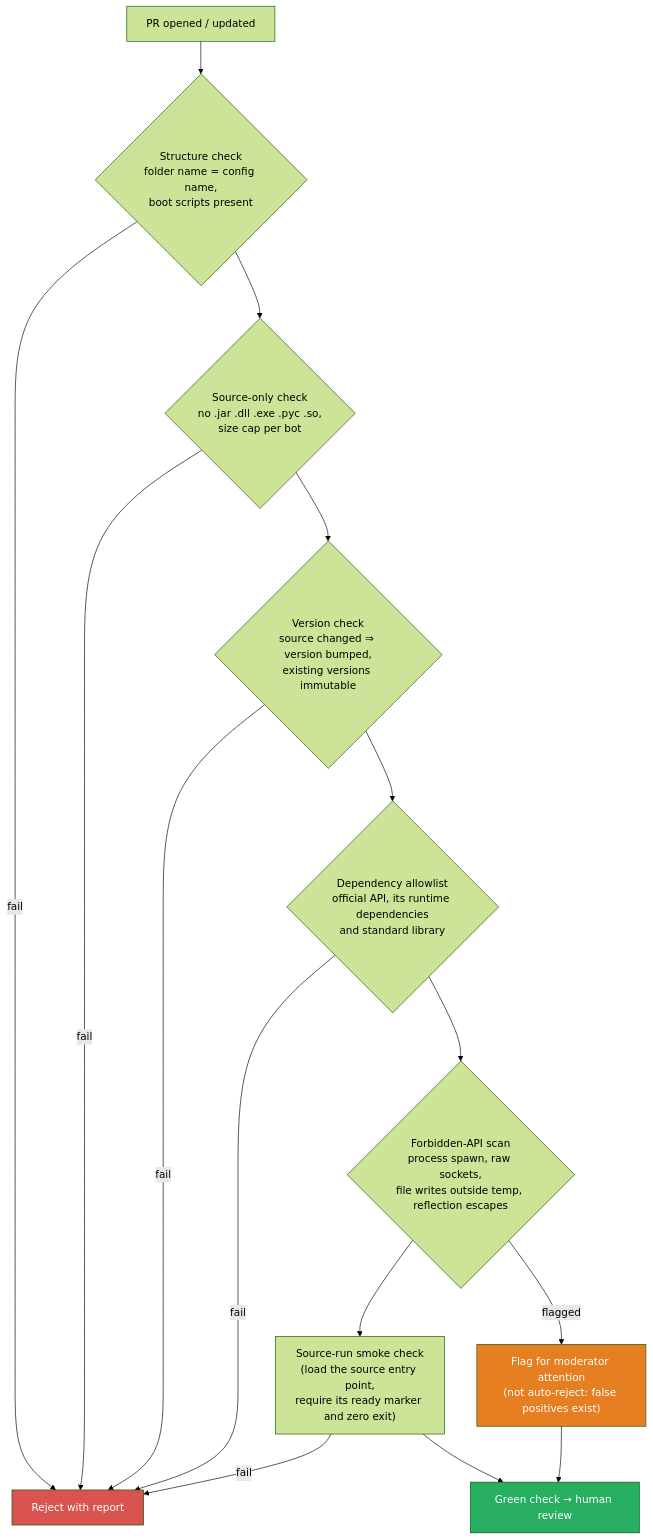
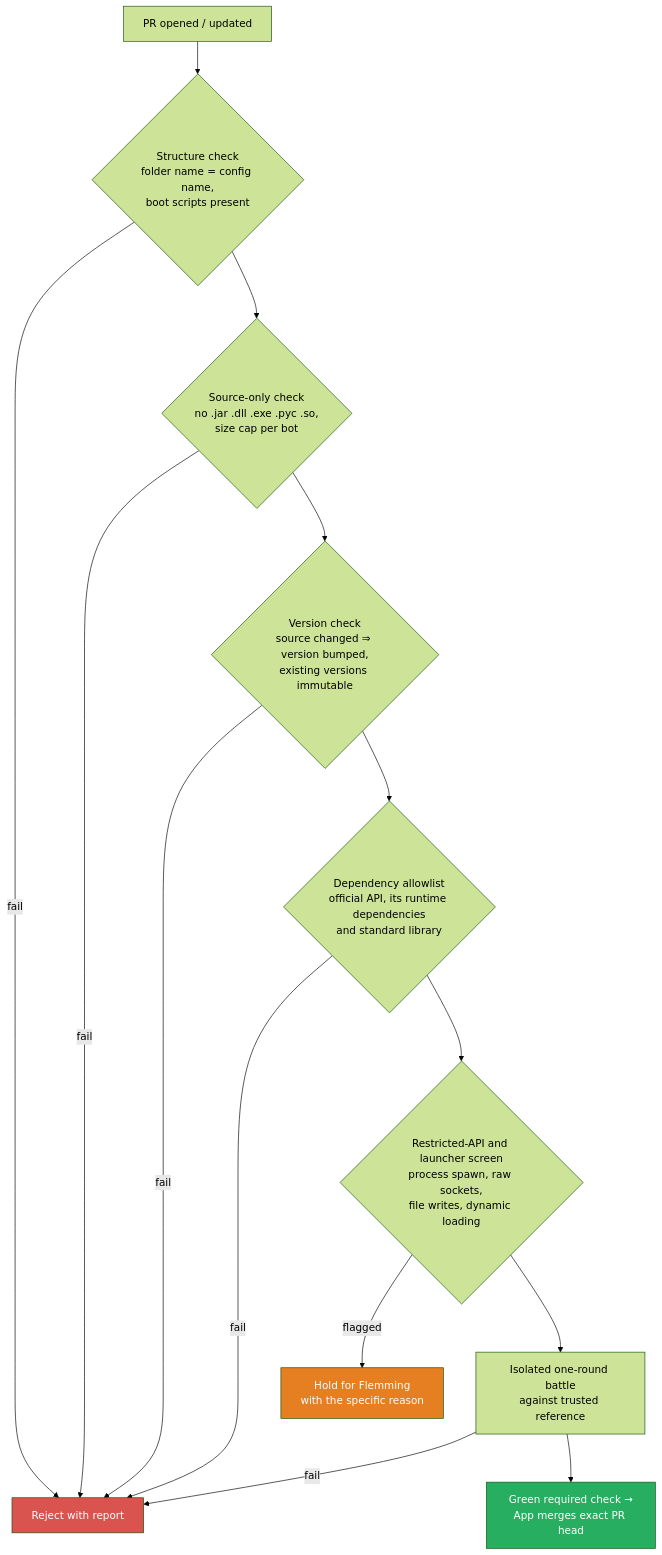
The second of 2 diagrams in docs/design/rumble/bot-submission.md (robocode-dev/tank-royale), drawn with Mermaid (forest theme) before and after one commit. The commit also changed other lines of this file and 11 other files, not shown here.

````diff
--- a/docs/design/rumble/bot-submission.md
+++ b/docs/design/rumble/bot-submission.md
@@ -72,21 +77,20 @@
 ```mermaid
 flowchart TD
     A["PR opened / updated"] --> B{"Structure check<br/>folder name = config name,<br/>boot scripts present"}
     B -->|fail| R["Reject with report"]
     B --> C{"Source-only check<br/>no .jar .dll .exe .pyc .so,<br/>size cap per bot"}
     C -->|fail| R
     C --> D{"Version check<br/>source changed ⇒ version bumped,<br/>existing versions immutable"}
     D -->|fail| R
     D --> E{"Dependency allowlist<br/>official API, its runtime dependencies<br/>and standard library"}
     E -->|fail| R
-    E --> F{"Forbidden-API scan<br/>process spawn, raw sockets,<br/>file writes outside temp, reflection escapes"}
-    F -->|flagged| M["Flag for moderator attention<br/>(not auto-reject: false positives exist)"]
-    F --> G["Source-run smoke check<br/>(load the source entry point,<br/>require its ready marker and zero exit)"]
+    E --> F{"Restricted-API and launcher screen<br/>process spawn, raw sockets,<br/>file writes, dynamic loading"}
+    F -->|flagged| M["Hold for Flemming<br/>with the specific reason"]
+    F --> G["Isolated one-round battle<br/>against trusted reference"]
     G -->|fail| R
-    G --> H["Green check → human review"]
-    M --> H
+    G --> H["Green required check →<br/>App merges exact PR head"]
 
     style R fill:#D9534F,color:#fff
     style M fill:#E67E22,color:#fff
     style H fill:#27AE60,color:#fff
 ```
````
